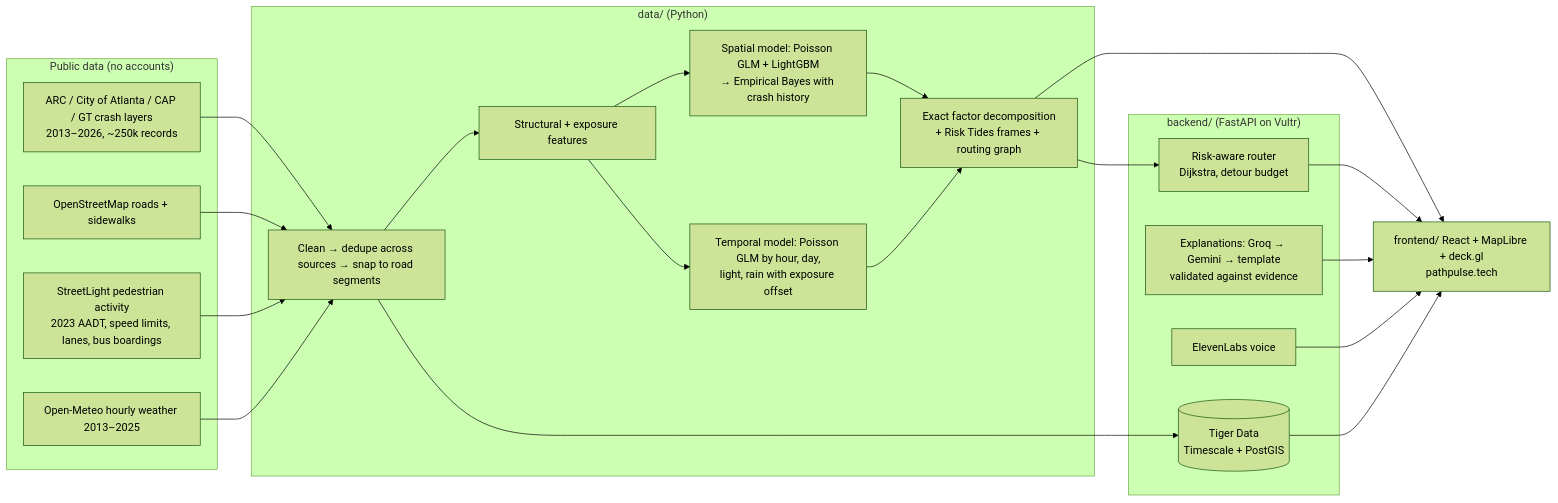
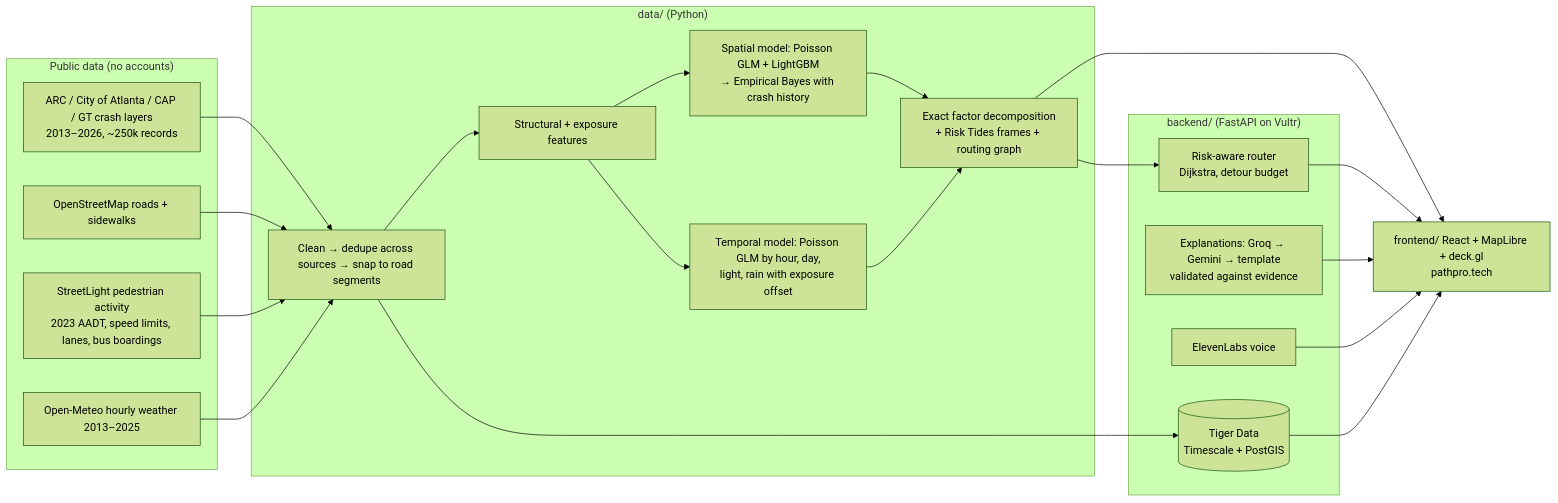
One commit to ShaikNagurShareef/HackGT13 changed the diagram in README.md. Above: the diagram before and after it, drawn with Mermaid (forest theme). The commit also changed other lines of this file and 7 other files, not shown here.

Commit message:
docs: switch domain to pathpro.tech ("path protect" pun for the .tech prize)

````diff
--- a/README.md
+++ b/README.md
@@ -59,28 +59,28 @@
 ```mermaid
 flowchart LR
   subgraph Data["Public data (no accounts)"]
     A[ARC / City of Atlanta / CAP / GT crash layers<br/>2013–2026, ~250k records]
     B[OpenStreetMap roads + sidewalks]
     C[StreetLight pedestrian activity<br/>2023 AADT, speed limits, lanes, bus boardings]
     W[Open-Meteo hourly weather 2013–2025]
   end
   subgraph Pipeline["data/ (Python)"]
     I[Clean → dedupe across sources → snap to road segments]
     F[Structural + exposure features]
     M1[Spatial model: Poisson GLM + LightGBM<br/>→ Empirical Bayes with crash history]
     M2[Temporal model: Poisson GLM by hour, day,<br/>light, rain with exposure offset]
     X[Exact factor decomposition<br/>+ Risk Tides frames + routing graph]
   end
   subgraph Serve["backend/ (FastAPI on Vultr)"]
     R[Risk-aware router<br/>Dijkstra, detour budget]
     E[Explanations: Groq → Gemini → template<br/>validated against evidence]
     V[ElevenLabs voice]
     T[(Tiger Data<br/>Timescale + PostGIS)]
   end
-  UI[frontend/ React + MapLibre + deck.gl<br/>pathpulse.tech]
+  UI[frontend/ React + MapLibre + deck.gl<br/>pathpro.tech]
   A & B & C & W --> I --> F --> M1 & M2 --> X --> R & UI
   R --> UI
   E --> UI
   V --> UI
   I --> T --> UI
 ```
````
